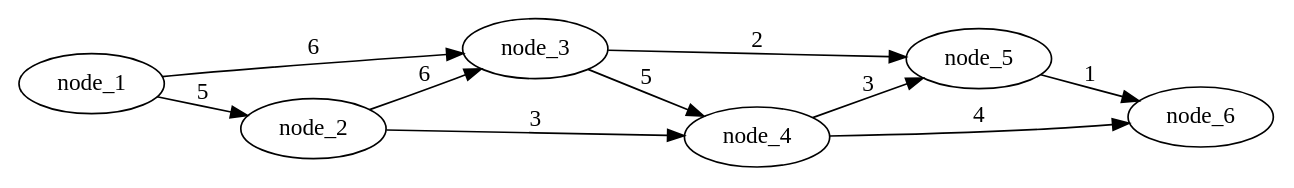
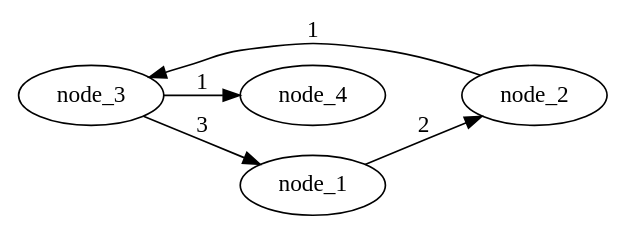
One commit to DiegoCali/EDD_PROYECTO_202201128 changed the diagram in Fase 3/outputs/graph.dot. Above: the diagram before and after it, drawn with Graphviz. The commit also changed 13 other files, not shown here.

```diff
--- a/Fase 3/outputs/graph.dot
+++ b/Fase 3/outputs/graph.dot
@@ -1,18 +1,11 @@
 digraph G {
 rankdir=LR;
-node_6
-node_5
-node_5 -> node_6 [label="1"];
 node_4
-node_4 -> node_5 [label="3"];
-node_4 -> node_6 [label="4"];
+node_2
+node_2 -> node_3 [label="1"];
+node_1
+node_1 -> node_2 [label="2"];
 node_3
-node_3 -> node_4 [label="5"];
-node_3 -> node_5 [label="2"];
-node_2
-node_2 -> node_3 [label="6"];
-node_2 -> node_4 [label="3"];
-node_1
-node_1 -> node_2 [label="5"];
-node_1 -> node_3 [label="6"];
+node_3 -> node_1 [label="3"];
+node_3 -> node_4 [label="1"];
 }
```
